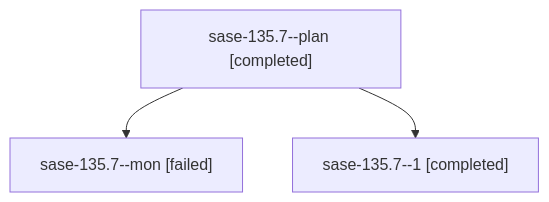
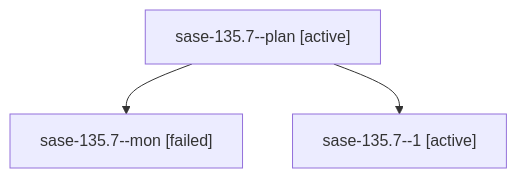
Before and after one commit to sase-org/sase--agents: the diagram in families/bbugyi200.athena.sase-135.7.md, drawn with Mermaid. The commit also changed other lines of this file and 35830 other files, not shown here.

````diff
--- a/families/bbugyi200.athena.sase-135.7.md
+++ b/families/bbugyi200.athena.sase-135.7.md
@@ -9,8 +9,8 @@
 ```mermaid
 flowchart TD
-  n0["sase-135.7--plan [completed]"]
+  n0["sase-135.7--plan [active]"]
   n1["sase-135.7--mon [failed]"]
   n0 --> n1
-  n2["sase-135.7--1 [completed]"]
+  n2["sase-135.7--1 [active]"]
   n0 --> n2
 ```
````
